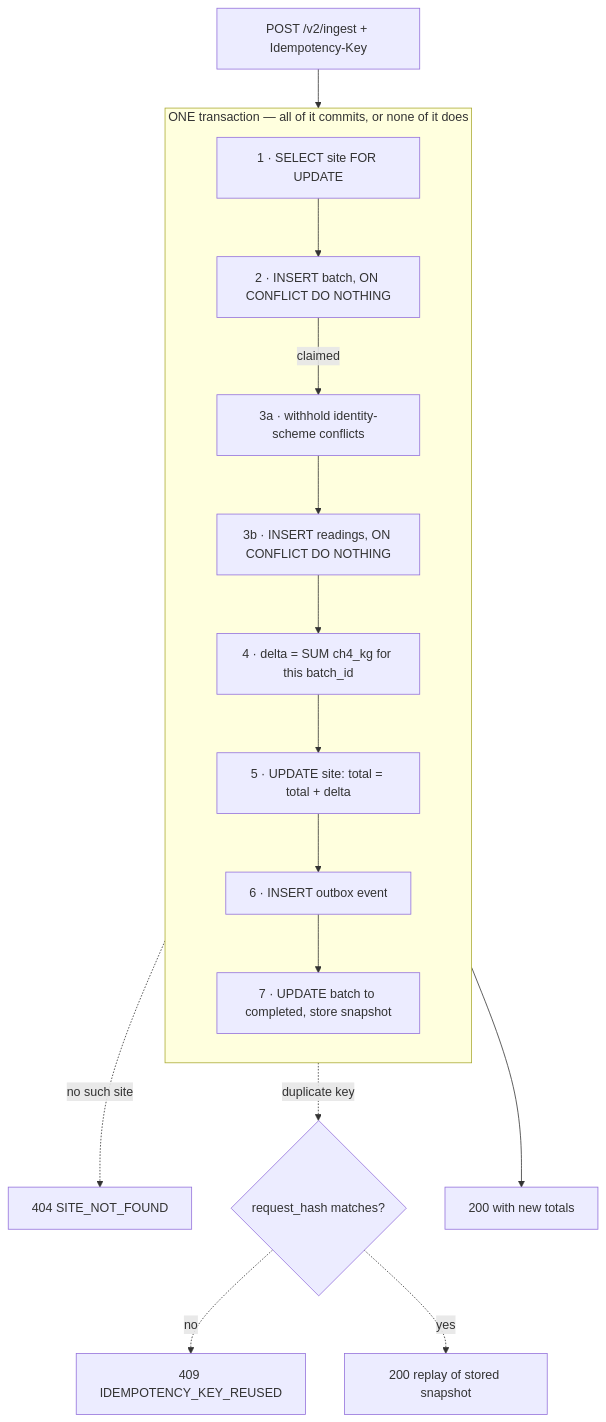
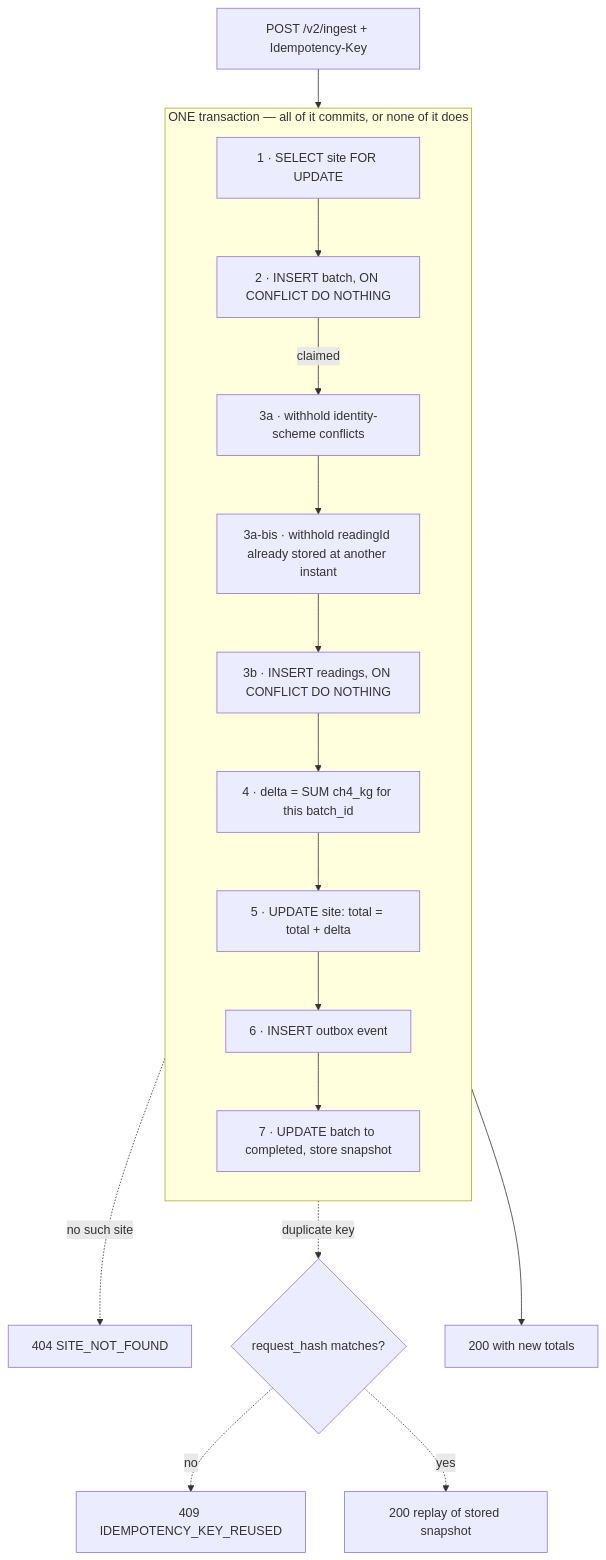
Before and after one commit to luigiv12/hw-project: the third of 3 diagrams in ARCHITECTURE.md, drawn with Mermaid. The commit also changed other lines of this file, not shown here.

First line of the commit message:
Add step 3a-bis to the transaction flowchart (#29)

````diff
--- a/ARCHITECTURE.md
+++ b/ARCHITECTURE.md
@@ -228,26 +229,27 @@
 ```mermaid
 flowchart TD
     REQ["POST /v2/ingest + Idempotency-Key"] --> LOCK
 
     subgraph TX["ONE transaction — all of it commits, or none of it does"]
         direction TB
         LOCK["1 · SELECT site FOR UPDATE"]
         CLAIM["2 · INSERT batch, ON CONFLICT DO NOTHING"]
         REID["3a · withhold identity-scheme conflicts"]
+        RIDX["3a-bis · withhold readingId already stored at another instant"]
         INS["3b · INSERT readings, ON CONFLICT DO NOTHING"]
         DELTA["4 · delta = SUM ch4_kg for this batch_id"]
         UPD["5 · UPDATE site: total = total + delta"]
         OBX["6 · INSERT outbox event"]
         FIN["7 · UPDATE batch to completed, store snapshot"]
 
         LOCK --> CLAIM
         CLAIM -->|claimed| REID
-        REID --> INS --> DELTA --> UPD --> OBX --> FIN
+        REID --> RIDX --> INS --> DELTA --> UPD --> OBX --> FIN
     end
 
     LOCK -.->|no such site| E404["404 SITE_NOT_FOUND"]
     CLAIM -.->|duplicate key| DUP{"request_hash matches?"}
     DUP -.->|no| E409["409 IDEMPOTENCY_KEY_REUSED"]
     DUP -.->|yes| REPLAY["200 replay of stored snapshot"]
     FIN --> OK["200 with new totals"]
 ```
````
